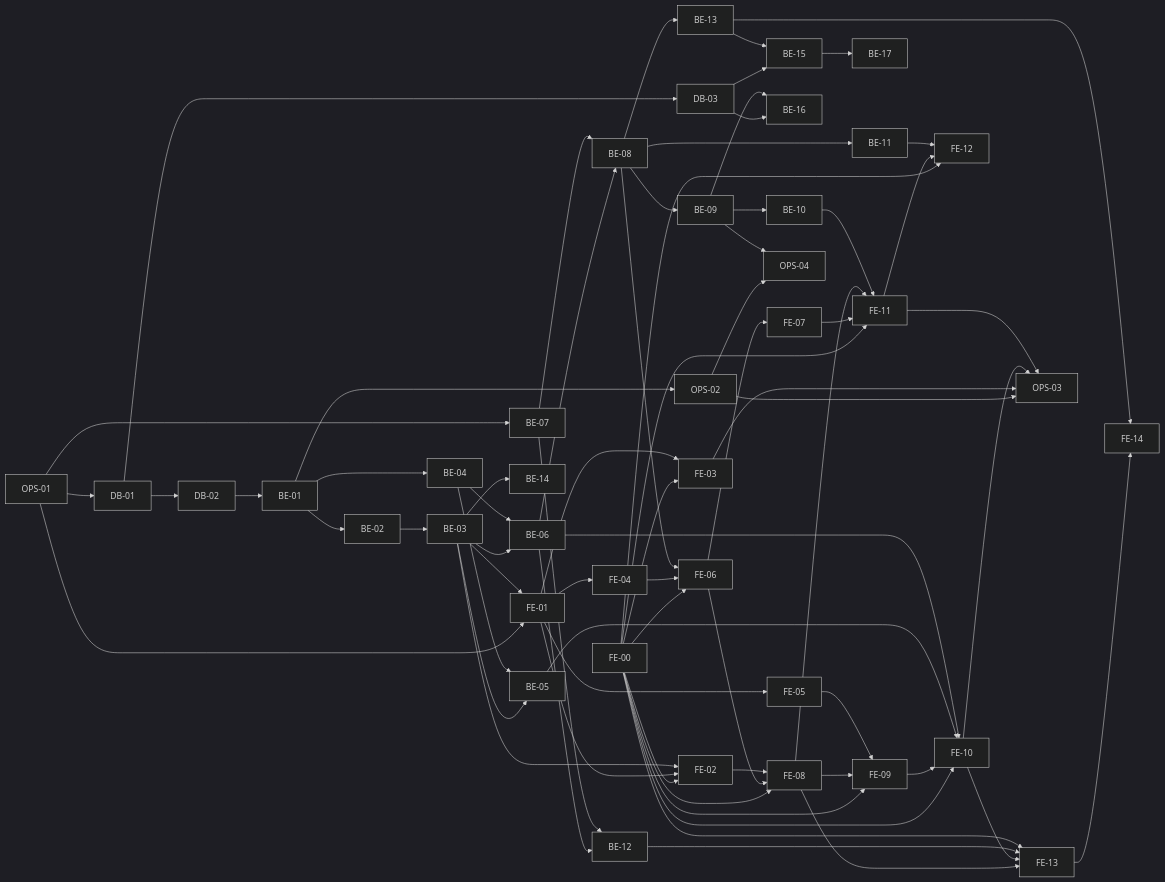
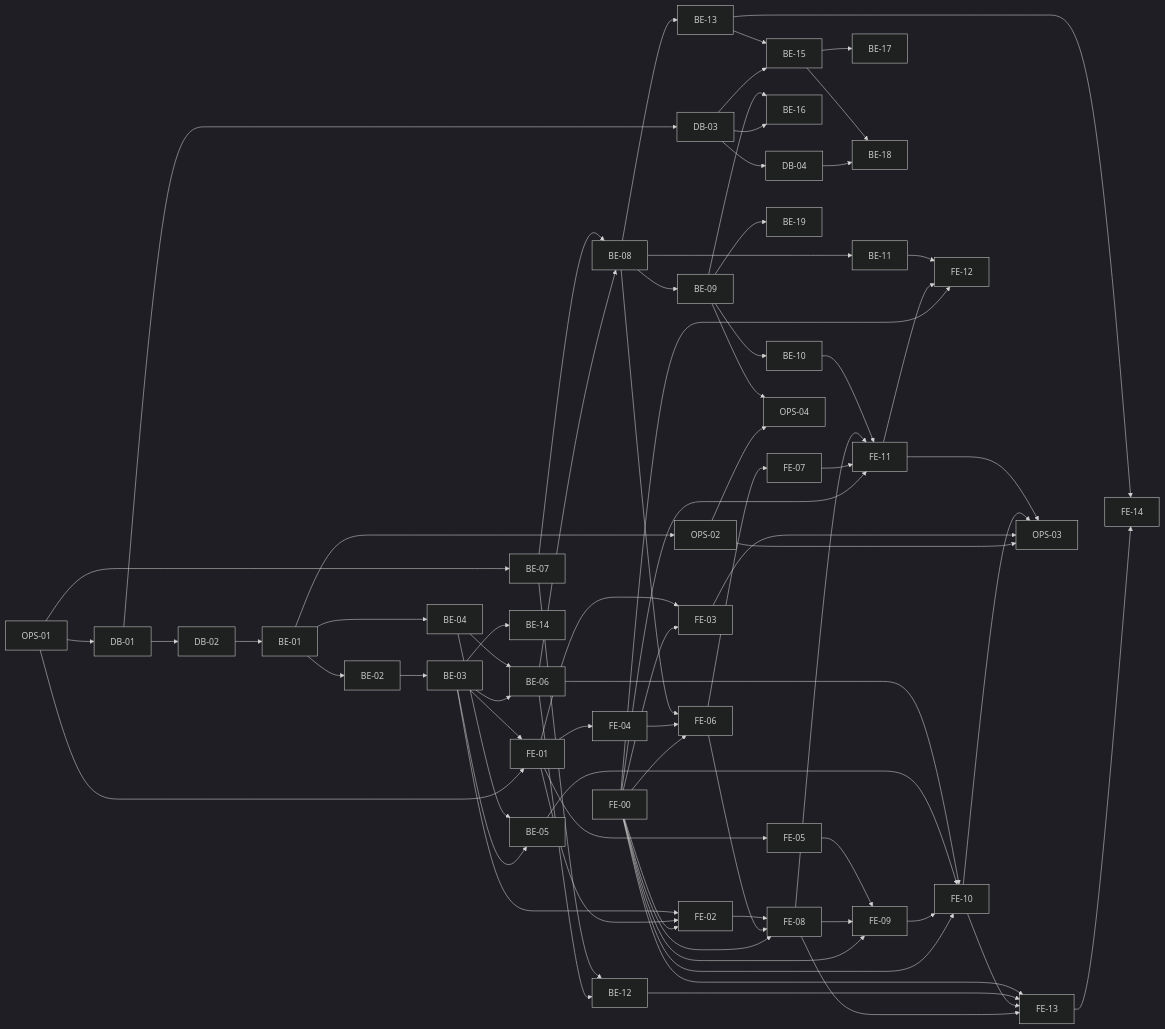
The diagram in docs/8-plan.md (hyunboee/drop_app), drawn with Mermaid (dark theme) before and after one commit. The commit also changed other lines of this file and 7 other files, not shown here.

````diff
--- a/docs/8-plan.md
+++ b/docs/8-plan.md
@@ -61,70 +63,74 @@
 ```mermaid
 flowchart LR
   OPS01["OPS-01"] --> DB01["DB-01"] --> DB02["DB-02"] --> BE01["BE-01"]
   BE01 --> BE02["BE-02"] --> BE03["BE-03"]
   BE01 --> BE04["BE-04"]
   OPS01 --> BE07["BE-07"]
   BE03 --> BE05["BE-05"]
   BE04 --> BE05
   BE03 --> BE06["BE-06"]
   BE04 --> BE06
   BE06 --> BE08["BE-08"]
   BE07 --> BE08
   BE08 --> BE09["BE-09"] --> BE10["BE-10"]
   BE08 --> BE11["BE-11"]
   BE06 --> BE12["BE-12"]
   BE07 --> BE12
   BE08 --> BE13["BE-13"]
   DB01 --> DB03["DB-03"]
   BE03 --> BE14["BE-14"]
   DB03 --> BE15["BE-15"]
   BE13 --> BE15
   DB03 --> BE16["BE-16"]
   BE09 --> BE16
   BE15 --> BE17["BE-17"]
+  DB03 --> DB04["DB-04"]
+  DB04 --> BE18["BE-18"]
+  BE15 --> BE18
+  BE09 --> BE19["BE-19"]
   BE01 --> OPS02["OPS-02"]
 
   FE00["FE-00"] --> FE02
   FE00 --> FE03
   FE00 --> FE06
   FE00 --> FE08
   FE00 --> FE09
   FE00 --> FE10
   FE00 --> FE11
   FE00 --> FE12
   OPS01 --> FE01["FE-01"]
   BE03 --> FE01
   FE01 --> FE02["FE-02"]
   BE03 --> FE02
   FE01 --> FE03["FE-03"]
   FE01 --> FE04["FE-04"]
   FE01 --> FE05["FE-05"]
   FE04 --> FE06["FE-06"]
   BE08 --> FE06
   FE06 --> FE07["FE-07"]
   FE06 --> FE08["FE-08"]
   FE02 --> FE08
   FE08 --> FE09["FE-09"]
   FE05 --> FE09
   FE09 --> FE10["FE-10"]
   BE05 --> FE10
   BE06 --> FE10
   FE07 --> FE11["FE-11"]
   FE08 --> FE11
   BE10 --> FE11
   FE11 --> FE12["FE-12"]
   BE11 --> FE12
   FE08 --> FE13["FE-13"]
   FE10 --> FE13
   BE12 --> FE13
   FE00 --> FE13
   FE13 --> FE14["FE-14"]
   BE13 --> FE14
 
   OPS02 --> OPS03["OPS-03"]
   FE03 --> OPS03
   FE10 --> OPS03
   FE11 --> OPS03
   OPS02 --> OPS04["OPS-04"]
   BE09 --> OPS04
 ```
````
